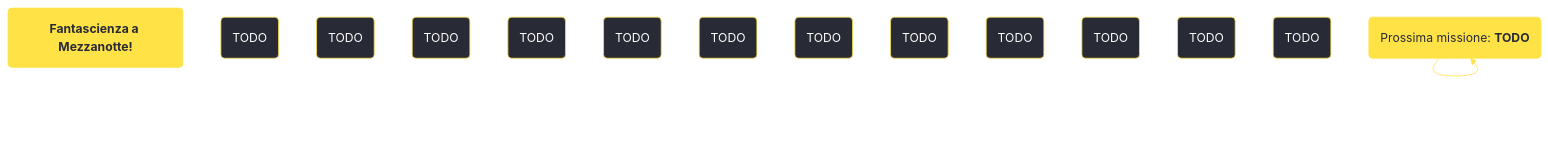
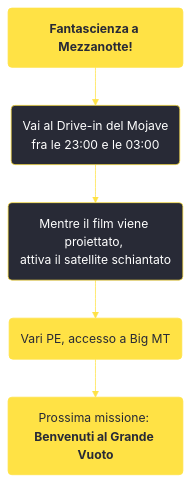
Before and after one commit to persy/wastelander: the diagram in content/voci/fallout new vegas/missioni/Fantascienza a Mezzanotte.md, drawn with Mermaid. The commit also changed 174 other files, not shown here.

````diff
--- a/content/voci/fallout new vegas/missioni/Fantascienza a Mezzanotte.md
+++ b/content/voci/fallout new vegas/missioni/Fantascienza a Mezzanotte.md
@@ -32,24 +32,15 @@
 ```mermaid
 %%{init: {'theme': 'base', 'themeVariables': { 'primaryColor': '#282a36', 'primaryBorderColor': '#ffe245', 'primaryTextColor': '#fff', 'lineColor': '#ffe245', 'fontFamily': 'Jura'}}}%%
 graph TD;
     id1(<b>Fantascienza a Mezzanotte!</b>):::questfnv
-    id2(TODO)
-    id3(TODO)
-    id4(TODO)
-    id5(TODO)
-    id6(TODO)
-    id7(TODO) 
-    id8(TODO)
-    id9(TODO)
-    id10(TODO)
-    id11(TODO)
-    id12(TODO)
-    id13(TODO) 
-    id(TODO):::rewardfnv
-    id(Prossima missione: <b>TODO</b>):::questfnv
-    id-->id-->id-->id-->id-->id-->id
+    id2(Vai al Drive-in del Mojave <br />fra le 23:00 e le 03:00)
+    id3(Mentre il film viene proiettato, <br />attiva il satellite schiantato)
+    id4(Vari PE, accesso a Big MT):::rewardfnv
+    id5(Prossima missione: <b>Benvenuti al Grande Vuoto</b>):::questfnv
     
-    click id "../TODO"
+    id1-->id2-->id3-->id4-->id5
+    
+    click id5 "../benvenuti-al-grande-vuoto"
     classDef rewardfnv fill:#ffe245, stroke:#ffe245, color:#282a36;
     classDef questfnv fill:#ffe245, stroke:#ffe245, color:#282a36;
 ```
````
